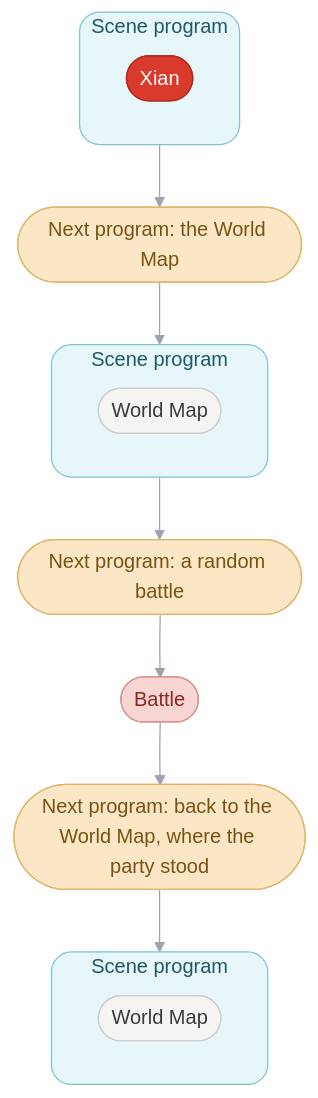
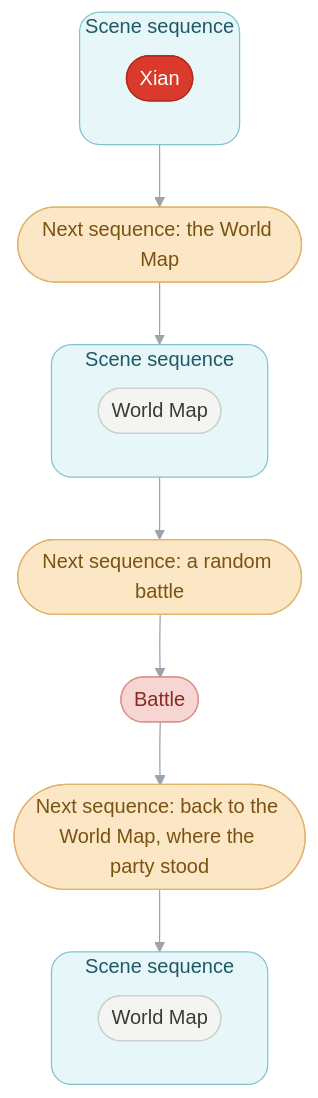
One commit to PascalPixel/alchemy changed the fourth of 9 diagrams in games/tbs/README.md. Above: the diagram before and after it, drawn with Mermaid. The commit also changed other lines of this file and 99 other files, not shown here.

````diff
--- a/games/tbs/README.md
+++ b/games/tbs/README.md
@@ -133,32 +136,32 @@
 ```mermaid
 %%{init: {"theme": "base", "themeVariables": {"lineColor": "#9AA3AE", "edgeLabelBackground": "#FFFFFF"}, "flowchart": {"curve": "basis", "padding": 12}}}%%
 flowchart TD
-  subgraph s1 ["Scene program"]
+  subgraph s1 ["Scene sequence"]
     xian(["Xian"])
   end
-  s1 --> ask1(["Next program: the World Map"])
+  s1 --> ask1(["Next sequence: the World Map"])
   ask1 --> s2
-  subgraph s2 ["Scene program"]
+  subgraph s2 ["Scene sequence"]
     world(["World Map"])
   end
-  s2 --> ask2(["Next program: a random battle"])
-  ask2 --> battle(["Battle"]) --> ask3(["Next program: back to the World Map, where the party stood"])
+  s2 --> ask2(["Next sequence: a random battle"])
+  ask2 --> battle(["Battle"]) --> ask3(["Next sequence: back to the World Map, where the party stood"])
   ask3 --> s3
-  subgraph s3 ["Scene program"]
+  subgraph s3 ["Scene sequence"]
     again(["World Map"])
   end
-  classDef monitor fill:#DDE3EC,stroke:#8FA0B8,color:#2E3C50
-  classDef sceneProgram fill:#D2EEF3,stroke:#7FC3D0,color:#1E5966
+  classDef parentSequence fill:#DDE3EC,stroke:#8FA0B8,color:#2E3C50
+  classDef sceneSequence fill:#D2EEF3,stroke:#7FC3D0,color:#1E5966
   classDef battle fill:#F6D5D2,stroke:#D9928B,color:#8A2A22
-  classDef sceneManager fill:#D3EBD9,stroke:#8DC49E,color:#25603A
+  classDef sceneLoop fill:#D3EBD9,stroke:#8DC49E,color:#25603A
   classDef request fill:#FBE7C6,stroke:#E0B46A,color:#7A5212
   classDef place fill:#D93A2B,stroke:#B02A1D,color:#FFFFFF
   classDef step fill:#F4F4F2,stroke:#CFCFCB,color:#3A3A38
   class xian place
   class world,again step
   class ask1,ask2,ask3 request
   class battle battle
   style s1 fill:#E6F6F9,stroke:#7FC3D0,color:#1E5966,rx:16,ry:16
   style s2 fill:#E6F6F9,stroke:#7FC3D0,color:#1E5966,rx:16,ry:16
   style s3 fill:#E6F6F9,stroke:#7FC3D0,color:#1E5966,rx:16,ry:16
 ```
````
